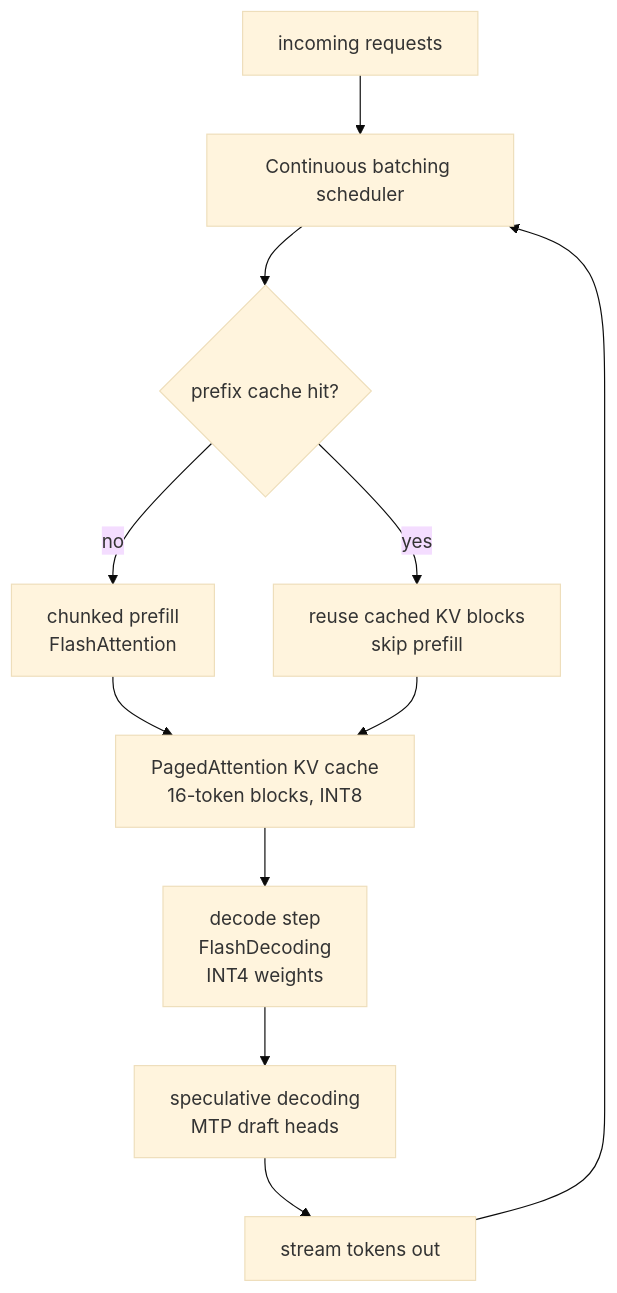
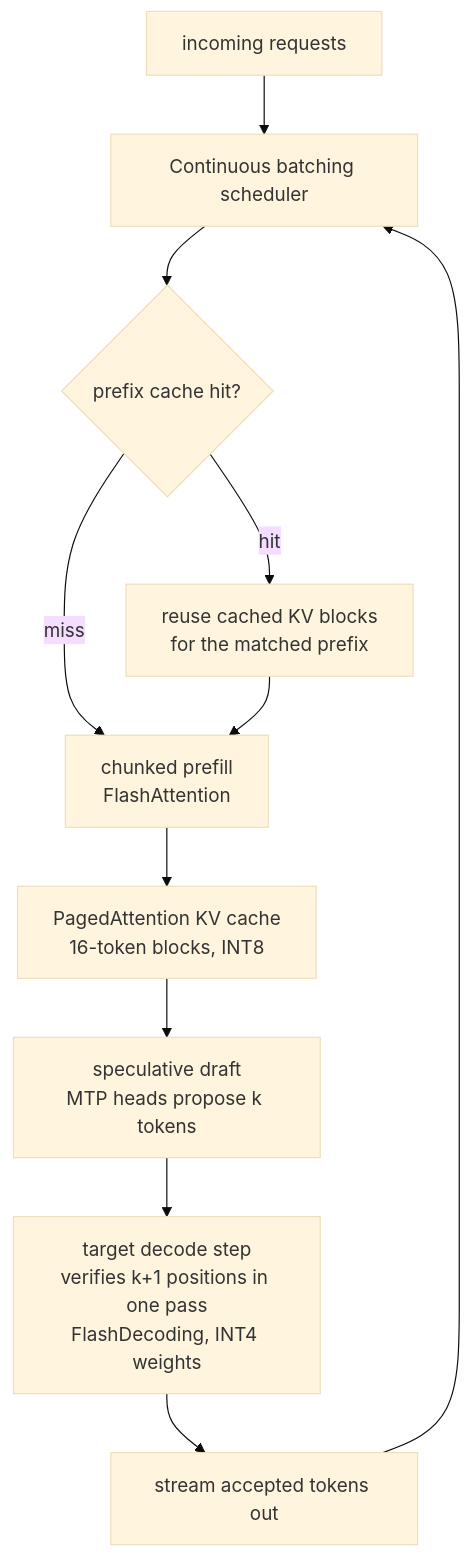
The fourth of 4 diagrams in content/courses/transformers/14-inference-optimizations.md (alliedbrother/ml-interview-notes), drawn with Mermaid (base theme) before and after one commit. The commit also changed other lines of this file and 7 other files, not shown here.

````diff
--- a/content/courses/transformers/14-inference-optimizations.md
+++ b/content/courses/transformers/14-inference-optimizations.md
@@ -336,13 +336,13 @@
 ```mermaid
 flowchart TD
     REQ["incoming requests"] --> SCHED["Continuous batching scheduler"]
     SCHED --> PC{"prefix cache hit?"}
-    PC -->|yes| SKIP["reuse cached KV blocks<br/>skip prefill"]
-    PC -->|no| PF["chunked prefill<br/>FlashAttention"]
+    PC -->|hit| SKIP["reuse cached KV blocks<br/>for the matched prefix"]
+    PC -->|miss| PF["chunked prefill<br/>FlashAttention"]
+    SKIP --> PF
     PF --> KV["PagedAttention KV cache<br/>16-token blocks, INT8"]
-    SKIP --> KV
-    KV --> DEC["decode step<br/>FlashDecoding<br/>INT4 weights"]
-    DEC --> SPEC["speculative decoding<br/>MTP draft heads"]
-    SPEC --> OUT["stream tokens out"]
+    KV --> SPEC["speculative draft<br/>MTP heads propose k tokens"]
+    SPEC --> DEC["target decode step<br/>verifies k+1 positions in one pass<br/>FlashDecoding, INT4 weights"]
+    DEC --> OUT["stream accepted tokens out"]
     OUT --> SCHED
 ```
````
